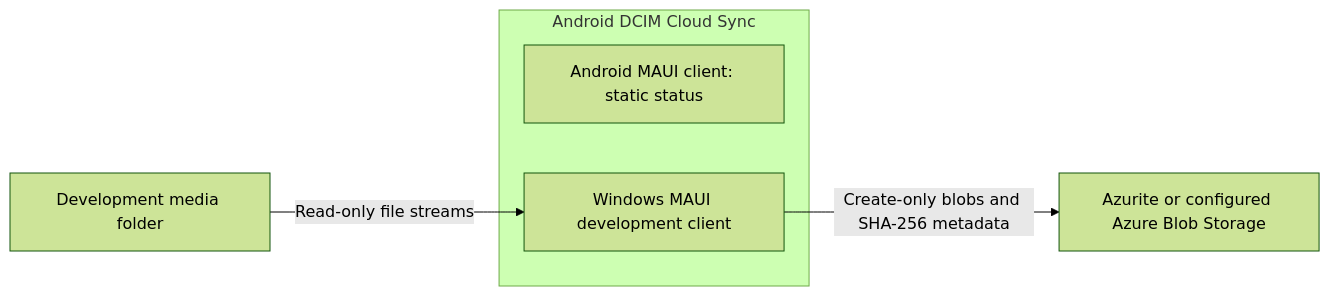
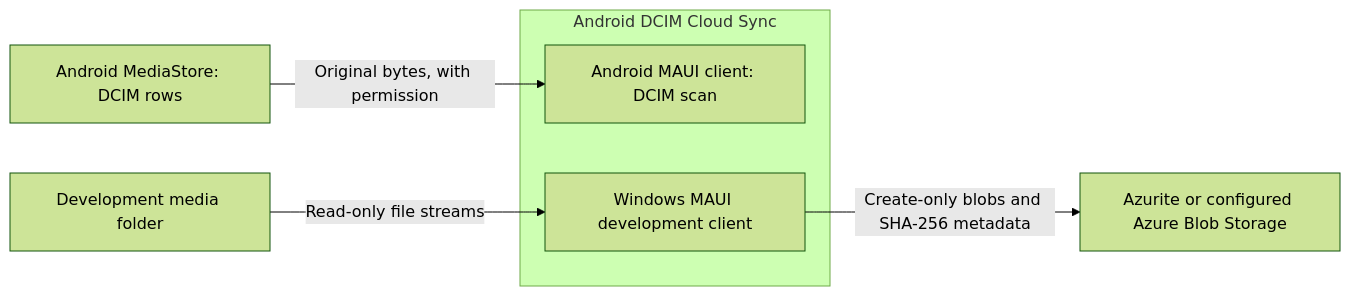
One commit to f2calv/android-dcim-cloud-sync changed the first of 3 diagrams in docs/architecture.md. Above: the diagram before and after it, drawn with Mermaid (forest theme). The commit also changed other lines of this file and 2 other files, not shown here.

First line of the commit message:
docs(adr): propose Entra sign-in for Android upload credentials

````diff
--- a/docs/architecture.md
+++ b/docs/architecture.md
@@ -9,9 +9,10 @@
 ```mermaid
 flowchart LR
     subgraph Application["Android DCIM Cloud Sync"]
-        Android["Android MAUI client: static status"]
+        Android["Android MAUI client: DCIM scan"]
         Windows["Windows MAUI development client"]
     end
+    MediaStore["Android MediaStore: DCIM rows"] -->|Original bytes, with permission| Android
     Folder["Development media folder"] -->|Read-only file streams| Windows
     Windows -->|Create-only blobs and SHA-256 metadata| Storage["Azurite or configured Azure Blob Storage"]
 ```
````
